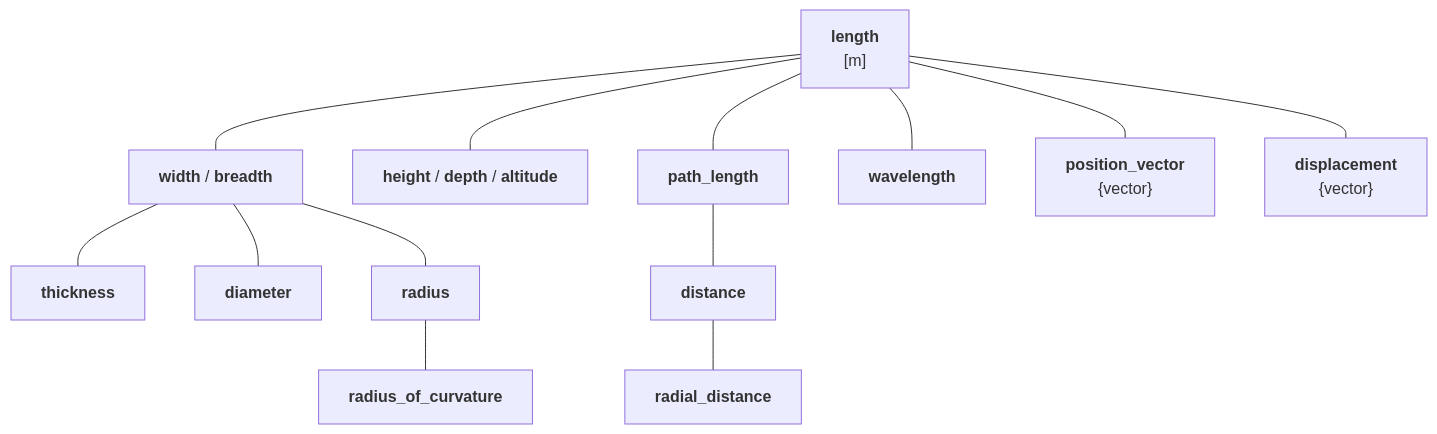
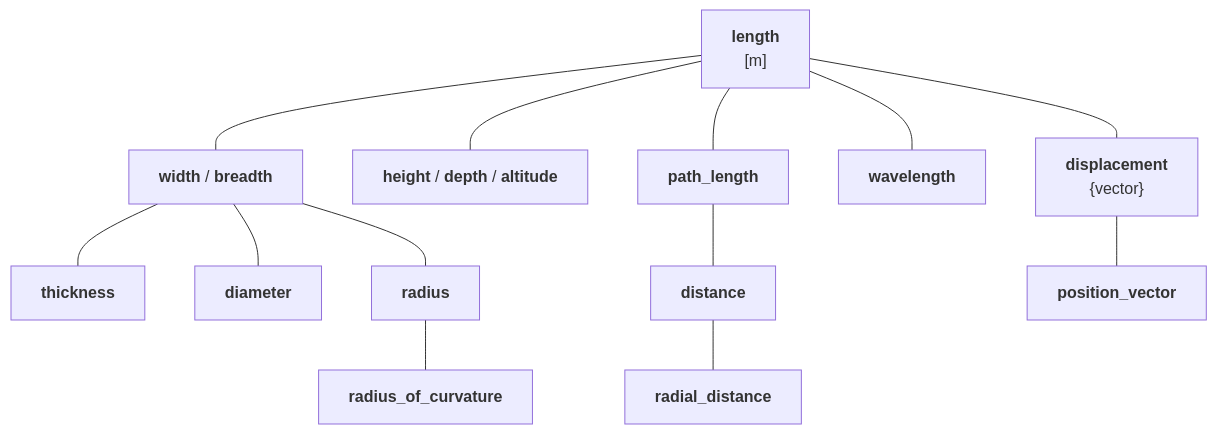
The diagram in docs/blog/posts/isq-part-3-modeling-isq.md (mpusz/mp-units), drawn with Mermaid before and after one commit. The commit also changed 4 other files, not shown here.

Commit message:
fix: `position_vector` is a specialized `displacement`

````diff
--- a/docs/blog/posts/isq-part-3-modeling-isq.md
+++ b/docs/blog/posts/isq-part-3-modeling-isq.md
@@ -141,16 +141,16 @@
 ```mermaid
 flowchart TD
     length["<b>length</b><br>[m]"]
     length --- width["<b>width</b> / <b>breadth</b>"]
     length --- height["<b>height</b> / <b>depth</b> / <b>altitude</b>"]
     width --- thickness["<b>thickness</b>"]
     width --- diameter["<b>diameter</b>"]
     width --- radius["<b>radius</b>"]
     length --- path_length["<b>path_length</b>"]
     path_length --- distance["<b>distance</b>"]
     distance --- radial_distance["<b>radial_distance</b>"]
     length --- wavelength["<b>wavelength</b>"]
-    length --- position_vector["<b>position_vector</b><br>{vector}"]
     length --- displacement["<b>displacement</b><br>{vector}"]
+    displacement --- position_vector["<b>position_vector</b>"]
     radius --- radius_of_curvature["<b>radius_of_curvature</b>"]
 ```
````
